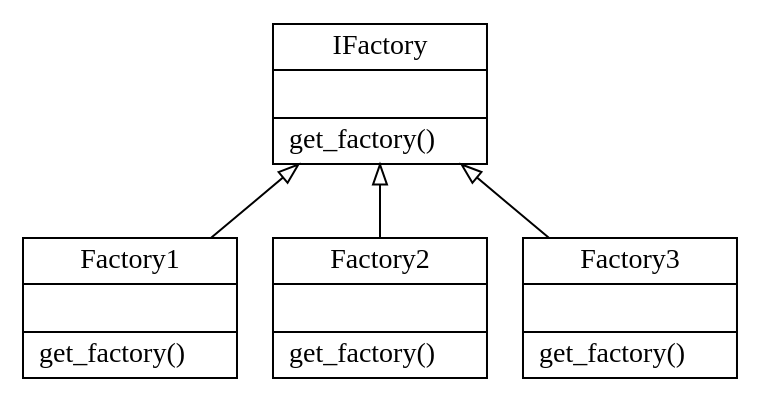
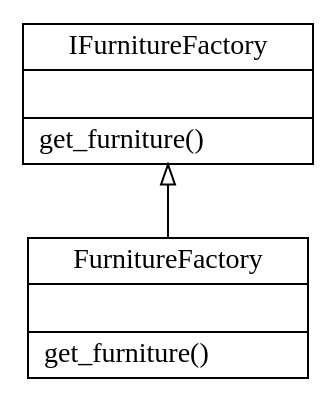
The diagram in abstract_factory/classes_abstract_factory.dot (Sean-Bradley/Design-Patterns-In-Python), drawn with Graphviz before and after one commit. The commit also changed 1 other file, not shown here.

```diff
--- a/abstract_factory/classes_abstract_factory.dot
+++ b/abstract_factory/classes_abstract_factory.dot
@@ -1,11 +1,7 @@
 digraph "classes_abstract_factory" {
 charset="utf-8"
 rankdir=BT
-"1" [label="{Factory1|\l|get_factory()\l}", shape="record"];
-"2" [label="{Factory2|\l|get_factory()\l}", shape="record"];
-"3" [label="{Factory3|\l|get_factory()\l}", shape="record"];
-"0" [label="{IFactory|\l|get_factory()\l}", shape="record"];
-"1" -> "0" [arrowhead="empty", arrowtail="none"];
-"2" -> "0" [arrowhead="empty", arrowtail="none"];
-"3" -> "0" [arrowhead="empty", arrowtail="none"];
+"0" [label="{FurnitureFactory|\l|get_furniture()\l}", shape="record"];
+"1" [label="{IFurnitureFactory|\l|get_furniture()\l}", shape="record"];
+"0" -> "1" [arrowhead="empty", arrowtail="none"];
 }
```
